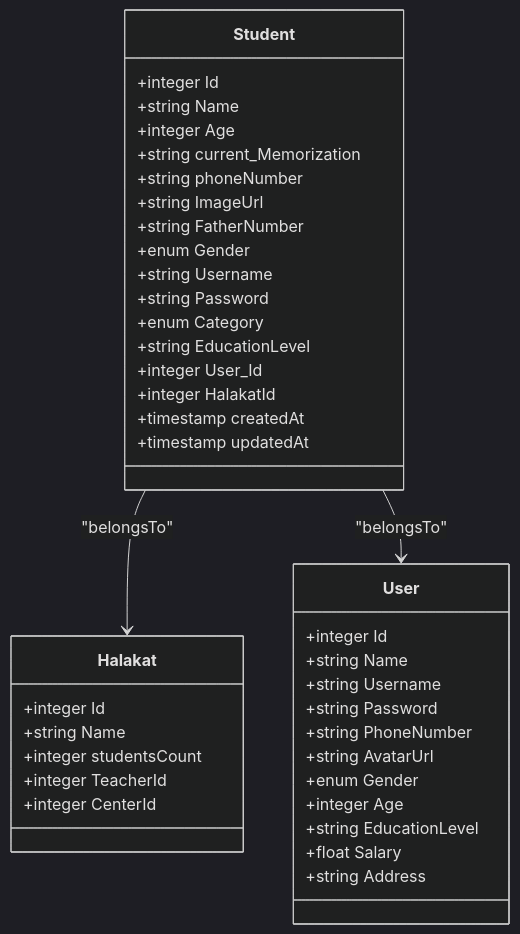
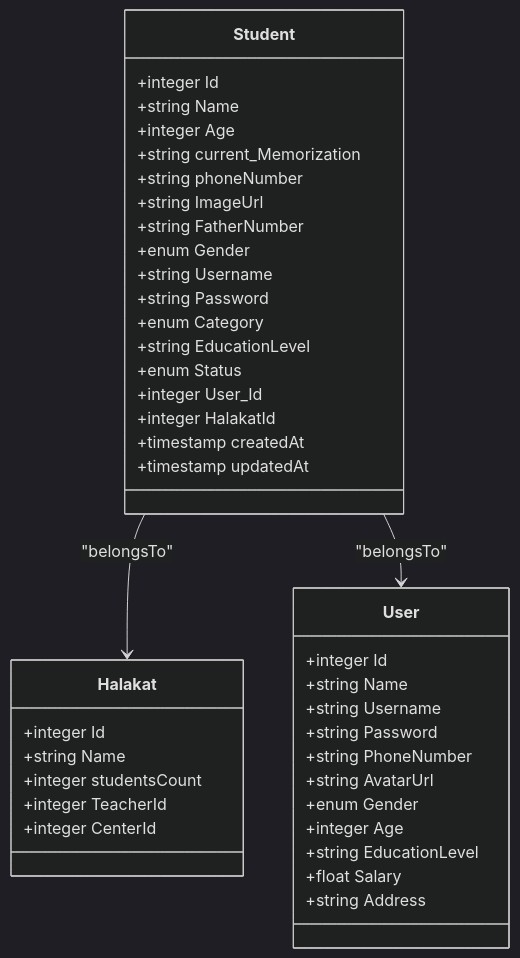
The third of 8 diagrams in .qoder/repowiki/en/content/Database Design/Student Model.md (Mreng78/khirocom_project), drawn with Mermaid (dark theme) before and after one commit. The commit also changed other lines of this file and 6 other files, not shown here.

````diff
--- a/.qoder/repowiki/en/content/Database Design/Student Model.md
+++ b/.qoder/repowiki/en/content/Database Design/Student Model.md
@@ -143,43 +147,44 @@
 ```mermaid
 classDiagram
 class Student {
 +integer Id
 +string Name
 +integer Age
 +string current_Memorization
 +string phoneNumber
 +string ImageUrl
 +string FatherNumber
 +enum Gender
 +string Username
 +string Password
 +enum Category
 +string EducationLevel
++enum Status
 +integer User_Id
 +integer HalakatId
 +timestamp createdAt
 +timestamp updatedAt
 }
 class User {
 +integer Id
 +string Name
 +string Username
 +string Password
 +string PhoneNumber
 +string AvatarUrl
 +enum Gender
 +integer Age
 +string EducationLevel
 +float Salary
 +string Address
 }
 class Halakat {
 +integer Id
 +string Name
 +integer studentsCount
 +integer TeacherId
 +integer CenterId
 }
 Student --> Halakat : "belongsTo"
 Student --> User : "belongsTo"
 ```
````
